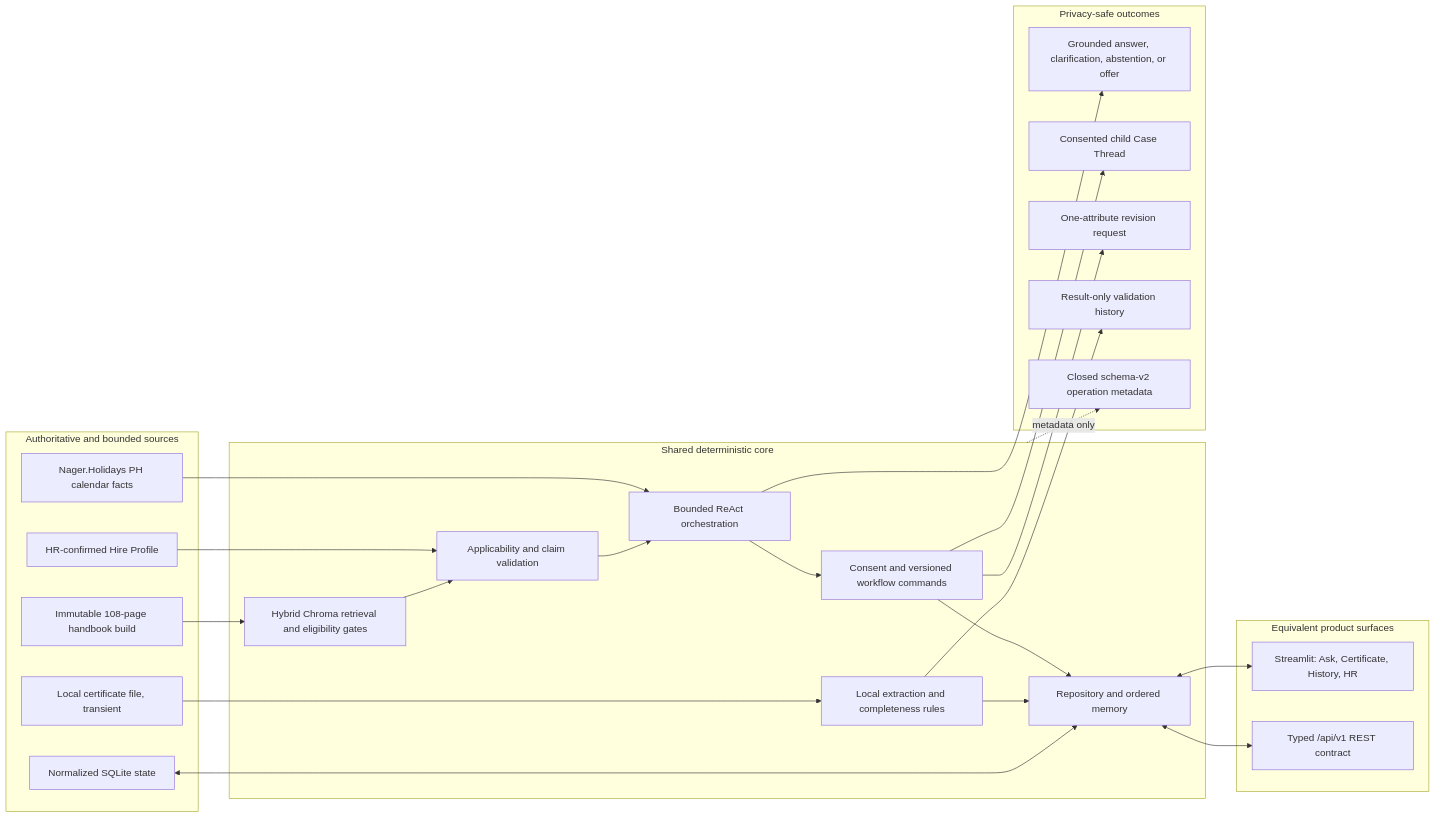
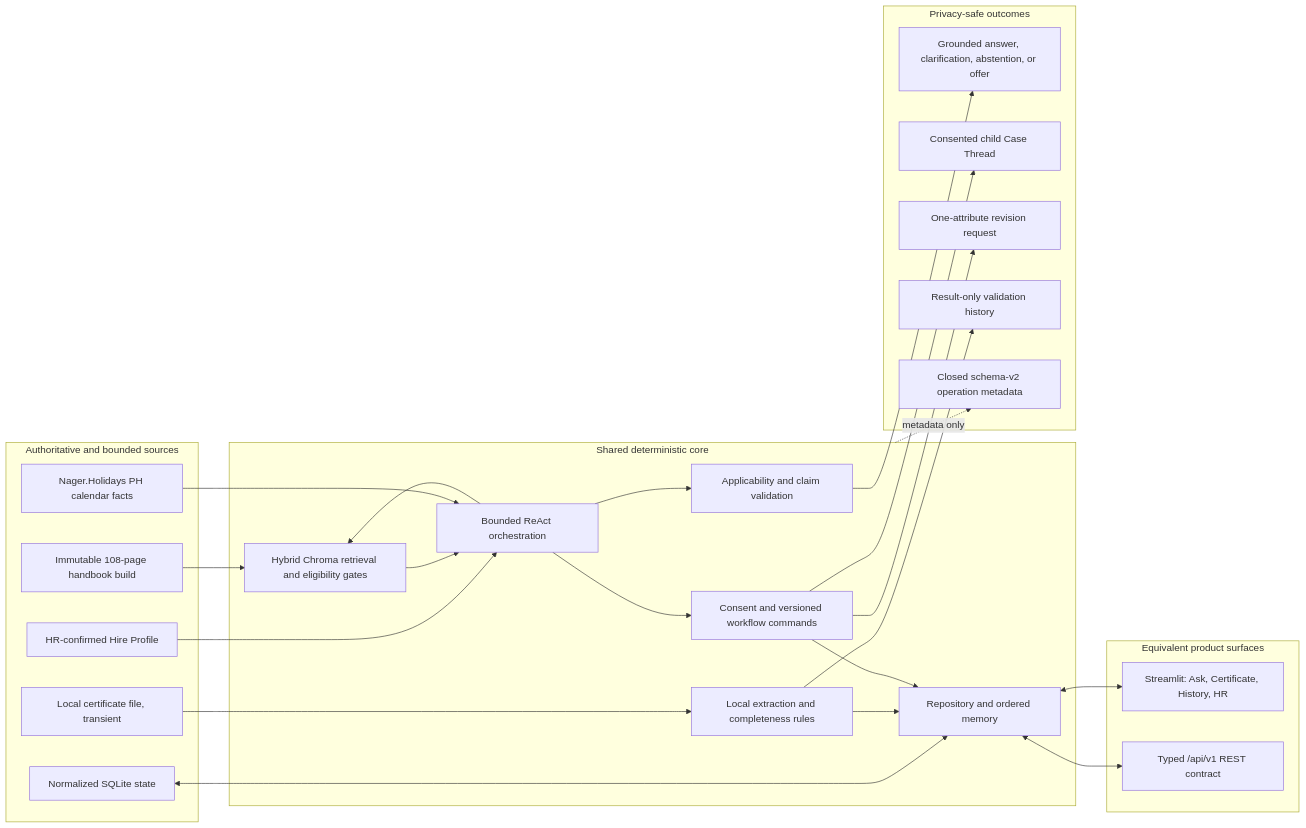
The first of 6 diagrams in docs/ARCHITECTURE_DIAGRAMS.md (Mateogas/STAI), drawn with Mermaid before and after one commit. The commit also changed other lines of this file and 25 other files, not shown here.

````diff
--- a/docs/ARCHITECTURE_DIAGRAMS.md
+++ b/docs/ARCHITECTURE_DIAGRAMS.md
@@ -7,46 +7,48 @@
 ```mermaid
 flowchart LR
     subgraph Sources["Authoritative and bounded sources"]
         Handbook["Immutable 108-page handbook build"]
         Profile["HR-confirmed Hire Profile"]
         State["Normalized SQLite state"]
         Nager["Nager.Holidays PH calendar facts"]
         File["Local certificate file, transient"]
     end
 
     subgraph Core["Shared deterministic core"]
         Retrieval["Hybrid Chroma retrieval and eligibility gates"]
         Policy["Applicability and claim validation"]
         Agent["Bounded ReAct orchestration"]
         Consent["Consent and versioned workflow commands"]
         Medical["Local extraction and completeness rules"]
         Repo["Repository and ordered memory"]
     end
 
     subgraph Surfaces["Equivalent product surfaces"]
         UI["Streamlit: Ask, Certificate, History, HR"]
         API["Typed /api/v1 REST contract"]
     end
 
     subgraph Outputs["Privacy-safe outcomes"]
         PolicyResult["Grounded answer, clarification, abstention, or offer"]
         Case["Consented child Case Thread"]
         Attribute["One-attribute revision request"]
         Validation["Result-only validation history"]
         Telemetry["Closed schema-v2 operation metadata"]
     end
 
-    Handbook --> Retrieval --> Policy --> Agent
-    Profile --> Policy
+    Handbook --> Retrieval
+    Profile --> Agent
+    Agent --> Retrieval --> Agent
+    Agent --> Policy
+    Policy --> PolicyResult
     Nager --> Agent
     State <--> Repo
     File --> Medical --> Repo
     Agent --> Consent --> Repo
     Repo <--> UI
     Repo <--> API
-    Agent --> PolicyResult
     Consent --> Case
     Consent --> Attribute
     Medical --> Validation
     Core -. "metadata only" .-> Telemetry
 ```
````
